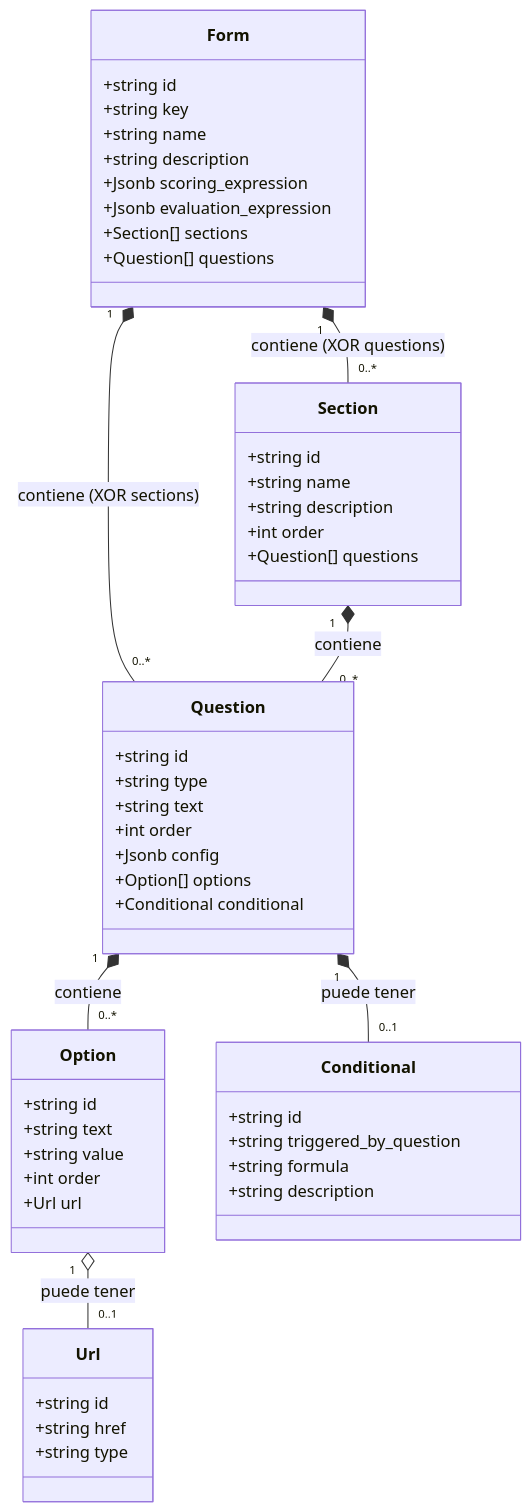
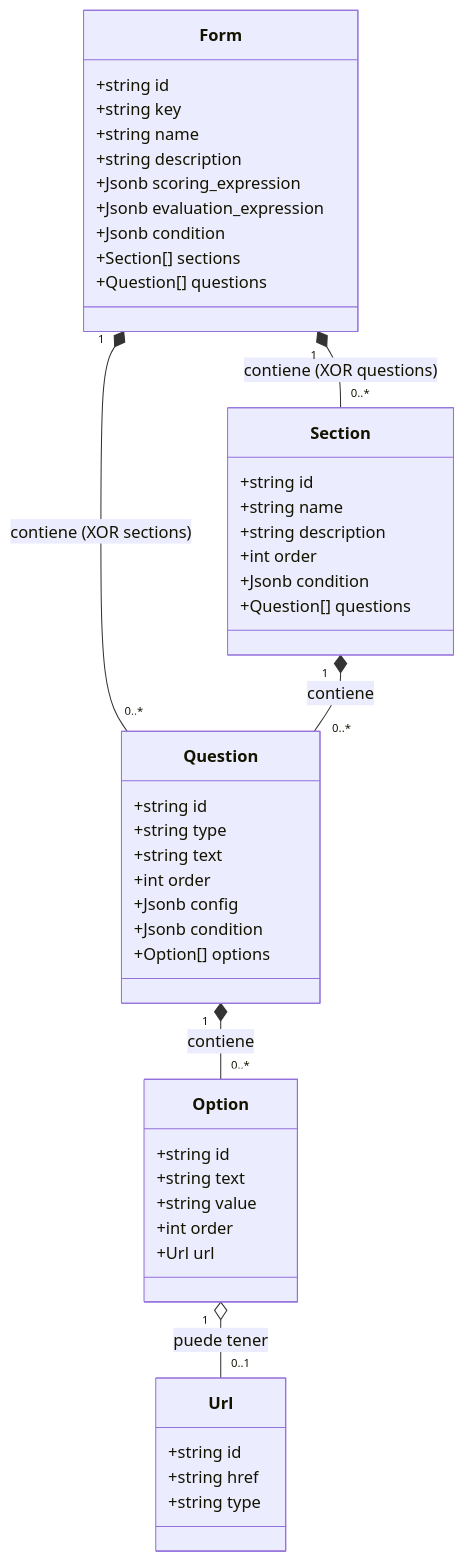
Before and after one commit to m4ck-y/dh_docs: the diagram in features/questionnaires/catalog/CLASS.mmd, drawn with Mermaid. The commit also changed 14 other files, not shown here.

First line of the commit message:
docs(questionnaires): model visibility condition as AST JSONB (A1, A3)

```diff
--- a/features/questionnaires/catalog/CLASS.mmd
+++ b/features/questionnaires/catalog/CLASS.mmd
@@ -1,78 +1,75 @@
 classDiagram
     %% ===============================================================
     %% Vista de documentos (MongoDB) del catalogo.
     %% Se EXCLUYEN las entidades/clases puente (questions_form,
     %% questions_section): en un modelo documental la relacion se EMBEBE
     %% dentro del documento padre.
     %% Por eso el 'order' de la pregunta vive en Question (aqui), a
     %% diferencia del ERD relacional, donde el orden pertenece a la puente.
     %% Question es un subdocumento con 'id' (referencia estable), embebido
     %% dentro de Form y Section.
     %%
     %% INVARIANTE DE COMPOSICION (ver ADR 038): Form se compone de
     %% 'questions' (preguntas directas) O de 'sections', NUNCA de ambas.
     %% La exclusividad la valida la capa de aplicacion.
     %% ===============================================================
 
     class Form {
         +string id
         +string key
         +string name
         +string description
         +Jsonb scoring_expression
         +Jsonb evaluation_expression
+        +Jsonb condition
         %% XOR: o 'sections' o 'questions', nunca ambos (ver ADR 038)
         +Section[] sections
         +Question[] questions
     }
 
     class Section {
         +string id
         +string name
         +string description
         +int order
+        +Jsonb condition
         +Question[] questions
     }
 
     class Question {
         +string id
         +string type
         +string text
         +int order
         +Jsonb config
+        +Jsonb condition
         +Option[] options
-        +Conditional conditional
     }
 
     %% Question.config: JSONB nullable, forma segun Question.type
     %% (ver catalog/question_types/). Incluye "required" y parametros del tipo.
     %% Question.order: aqui SI vive el orden (subdocumento embebido);
     %% en el ERD el orden vive en la puente (ver ERD.mmd).
+    %% condition (Form/Section/Question): condicion de visibilidad, AST booleano
+    %% embebido como JSONB (ver ADR 039 y expressions/conditions.md). No hay
+    %% clase compartida. Ausente = siempre visible.
 
     class Option {
         +string id
         +string text
         +string value
         +int order
         +Url url
-    }
-
-    class Conditional {
-        +string id
-        +string triggered_by_question
-        +string formula
-        +string description
     }
 
     class Url {
         +string id
         +string href
         +string type
     }
 
     Form "1" *-- "0..*" Section : contiene (XOR questions)
     Form "1" *-- "0..*" Question : contiene (XOR sections)
     Section "1" *-- "0..*" Question : contiene
     Question "1" *-- "0..*" Option : contiene
-    Question "1" *-- "0..1" Conditional : puede tener
     Option "1" o-- "0..1" Url : puede tener
```
